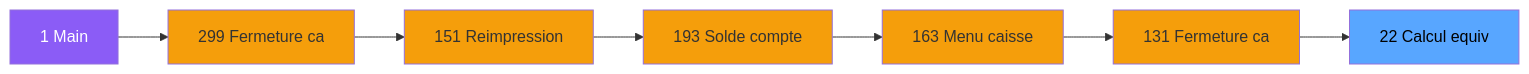
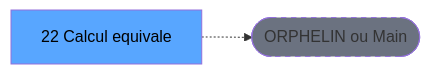
The second of 3 diagrams in .openspec/specs/ADH-IDE-22.md (thonyAGP/lecteur-magic), drawn with Mermaid before and after one commit. The commit also changed other lines of this file and 701 other files, not shown here.

````diff
--- a/.openspec/specs/ADH-IDE-22.md
+++ b/.openspec/specs/ADH-IDE-22.md
@@ -121,23 +118,8 @@
 ```mermaid
 graph LR
-    M[1 Main]
-    N299[299 Fermeture ca]
-    N151[151 Reimpression]
-    N193[193 Solde compte]
-    N163[163 Menu caisse ]
-    N131[131 Fermeture ca]
-    T[22 Calcul equiv]
-    M --> N299
-    N299 --> N151
-    N151 --> N193
-    N193 --> N163
-    N163 --> N131
-    N131 --> T
-    style M fill:#8b5cf6,color:#fff
-    style N299 fill:#f59e0b
-    style N151 fill:#f59e0b
-    style N193 fill:#f59e0b
-    style N163 fill:#f59e0b
-    style N131 fill:#f59e0b
+    T[22 Calcul equivale]
+    ORPHAN([ORPHELIN ou Main])
+    T -.-> ORPHAN
     style T fill:#58a6ff,color:#000
+    style ORPHAN fill:#6b7280,stroke-dasharray: 5 5
 ```
````
